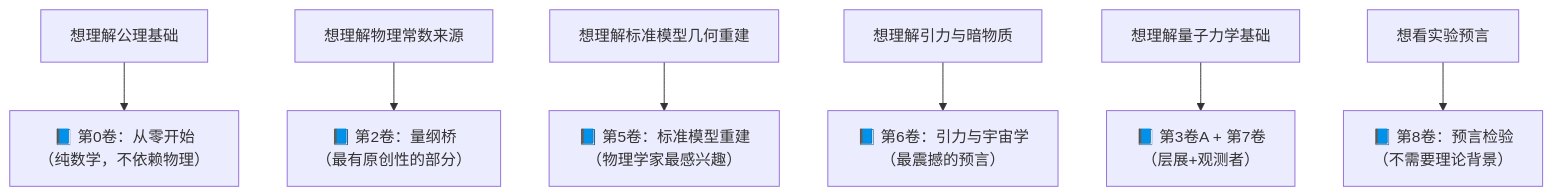
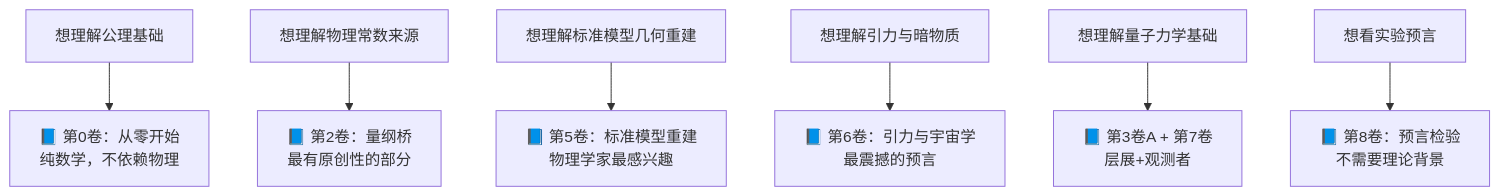
One commit to sdoygb/geometry-ai-server changed the second of 2 diagrams in app/articles/GT-Vault/00_Home.md. Above: the diagram before and after it, drawn with Mermaid. The commit also changed other lines of this file, not shown here.

Commit message:
AI修改: GT-Vault/00_Home.md (88行)

````diff
--- a/app/articles/GT-Vault/00_Home.md
+++ b/app/articles/GT-Vault/00_Home.md
@@ -65,9 +65,9 @@
 ```mermaid
 flowchart TD
-    A["想理解公理基础"] --> B["📘 第0卷：从零开始<br/>（纯数学，不依赖物理）"]
-    C["想理解物理常数来源"] --> D["📘 第2卷：量纲桥<br/>（最有原创性的部分）"]
-    E["想理解标准模型几何重建"] --> F["📘 第5卷：标准模型重建<br/>（物理学家最感兴趣）"]
-    G["想理解引力与暗物质"] --> H["📘 第6卷：引力与宇宙学<br/>（最震撼的预言）"]
-    I["想理解量子力学基础"] --> J["📘 第3卷A + 第7卷<br/>（层展+观测者）"]
-    K["想看实验预言"] --> L["📘 第8卷：预言检验<br/>（不需要理论背景）"]
+    A["想理解公理基础"] --> B["📘 第0卷：从零开始<br/>纯数学，不依赖物理"]
+    C["想理解物理常数来源"] --> D["📘 第2卷：量纲桥<br/>最有原创性的部分"]
+    E["想理解标准模型几何重建"] --> F["📘 第5卷：标准模型重建<br/>物理学家最感兴趣"]
+    G["想理解引力与暗物质"] --> H["📘 第6卷：引力与宇宙学<br/>最震撼的预言"]
+    I["想理解量子力学基础"] --> J["📘 第3卷A + 第7卷<br/>层展+观测者"]
+    K["想看实验预言"] --> L["📘 第8卷：预言检验<br/>不需要理论背景"]
 ```
````
